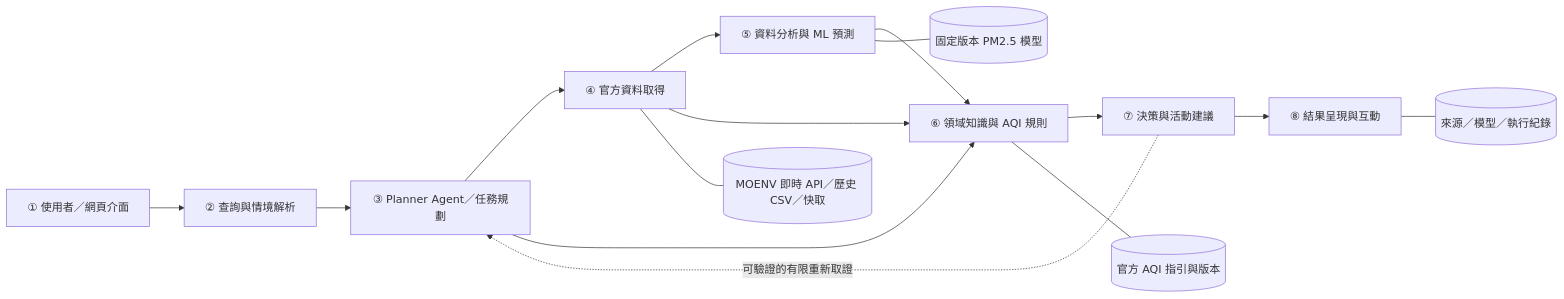
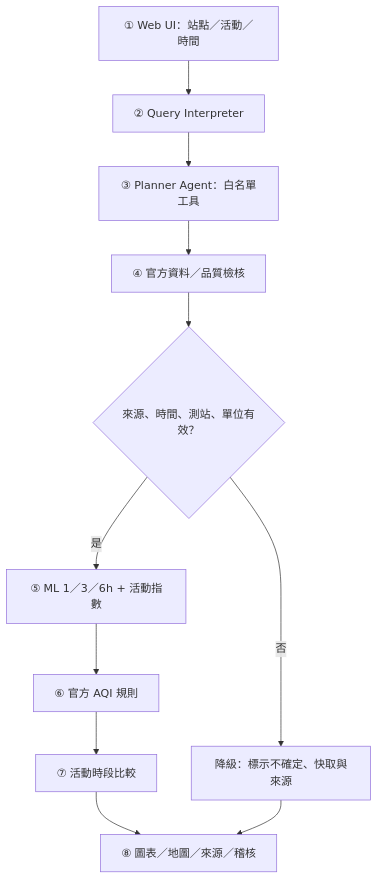
One commit to sam052003/AirGuard-AI changed the diagram in docs/architecture.mmd. Above: the diagram before and after it, drawn with Mermaid. The commit also changed 17 other files, not shown here.

```diff
--- a/docs/architecture.mmd
+++ b/docs/architecture.mmd
@@ -1,15 +1,11 @@
-flowchart LR
-  U[① 使用者／網頁介面] --> Q[② 查詢與情境解析]
-  Q --> P[③ Planner Agent／任務規劃]
-  P --> D[④ 官方資料取得]
-  D --> A[⑤ 資料分析與 ML 預測]
-  A --> K[⑥ 領域知識與 AQI 規則]
-  K --> R[⑦ 決策與活動建議]
-  R --> O[⑧ 結果呈現與互動]
-  P --> K
-  D --> K
-  R -.可驗證的有限重新取證.-> P
-  D --- DS[(MOENV 即時 API／歷史 CSV／快取)]
-  A --- ML[(固定版本 PM2.5 模型)]
-  K --- G[(官方 AQI 指引與版本)]
-  O --- TRACE[(來源／模型／執行紀錄)]
+flowchart TD
+    U["① Web UI：站點／活動／時間"] --> Q["② Query Interpreter"]
+    Q --> P["③ Planner Agent：白名單工具"]
+    P --> D["④ 官方資料／品質檢核"]
+    D --> V{"來源、時間、測站、單位有效？"}
+    V -- 否 --> F["降級：標示不確定、快取與來源"]
+    V -- 是 --> A["⑤ ML 1／3／6h + 活動指數"]
+    A --> K["⑥ 官方 AQI 規則"]
+    K --> C["⑦ 活動時段比較"]
+    C --> R["⑧ 圖表／地圖／來源／稽核"]
+    F --> R
```
